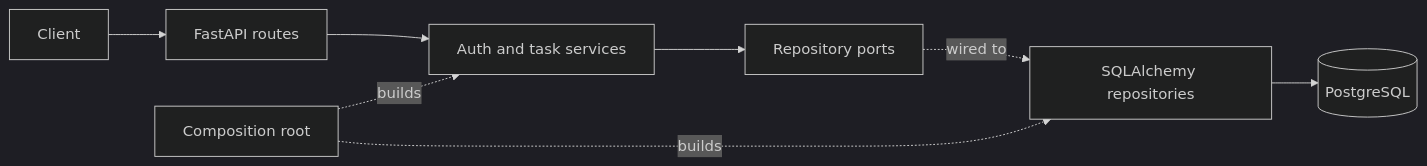
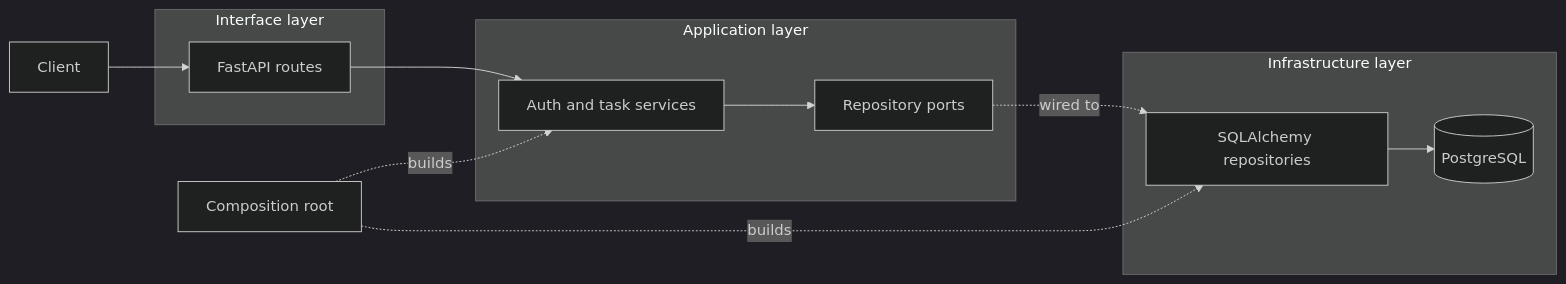
Before and after one commit to WeerayutBu/backend: the first of 2 diagrams in 00P1-project-rest-api/README.md, drawn with Mermaid (dark theme). The commit also changed other lines of this file and 44 other files, not shown here.

````diff
--- a/00P1-project-rest-api/README.md
+++ b/00P1-project-rest-api/README.md
@@ -9,10 +9,25 @@
 ```mermaid
 flowchart LR
-    Client --> Router[FastAPI routes]
-    Router --> Service[Auth and task services]
-    Service --> Port[Repository ports]
-    Port -. wired to .-> Repository[SQLAlchemy repositories]
-    Repository --> PostgreSQL[(PostgreSQL)]
+    Client[Client]
+
+    subgraph Interface[Interface layer]
+        Router[FastAPI routes]
+    end
+
+    subgraph Application[Application layer]
+        Service[Auth and task services]
+        Port[Repository ports]
+    end
+
+    subgraph Infrastructure[Infrastructure layer]
+        Repository[SQLAlchemy repositories]
+        PostgreSQL[(PostgreSQL)]
+    end
+
+    Client --> Router --> Service
+    Service --> Port
+    Port -. wired to .-> Repository
+    Repository --> PostgreSQL
     Main[Composition root] -. builds .-> Service
     Main -. builds .-> Repository
 ```
````
